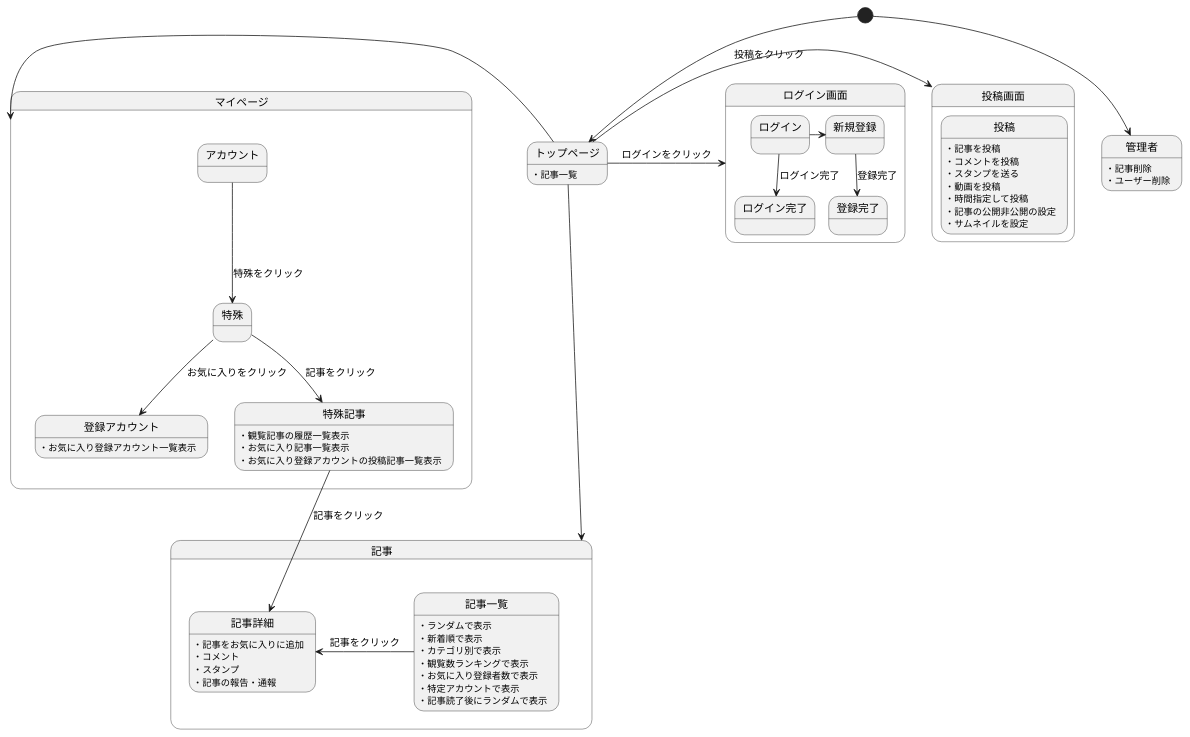
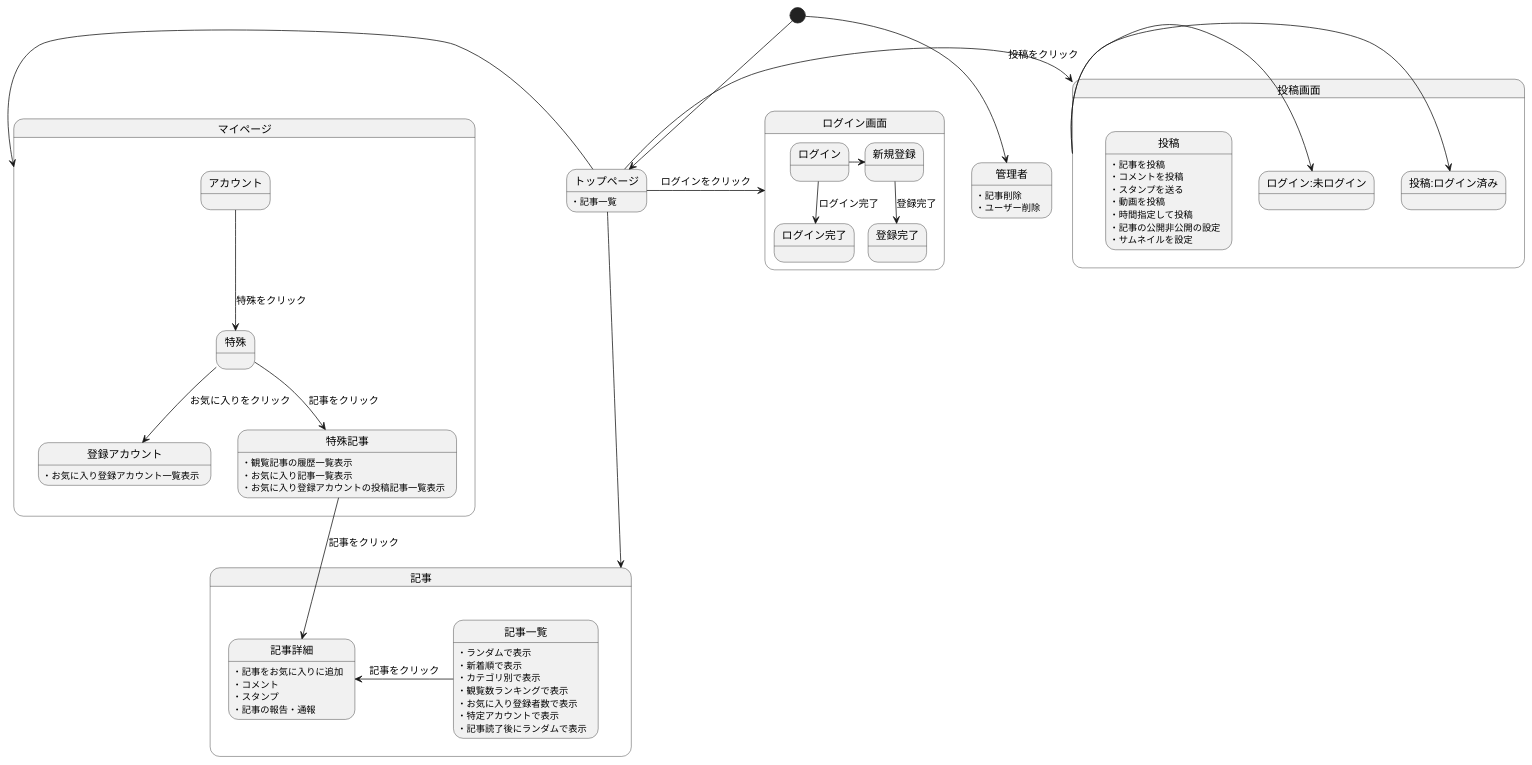
One commit to Aso2001001/2022System changed the diagram in 後期画面遷移.md. Above: the diagram before and after it, drawn with PlantUML.

````diff
--- a/後期画面遷移.md
+++ b/後期画面遷移.md
@@ -1,71 +1,72 @@
 ```uml
 @startuml
 [*] --> トップページ
 
 
 トップページ -down-> 記事
 トップページ -left-> マイページ
 トップページ -> 投稿画面 : 投稿をクリック
 
 トップページ:・記事一覧
 
 トップページ -> ログイン画面 : ログインをクリック
 
 state 投稿画面{
-
+投稿画面 -> 投稿:ログイン済み
+投稿画面 -> ログイン:未ログイン
 投稿:・記事を投稿
 投稿:・コメントを投稿
 投稿:・スタンプを送る
 投稿:・動画を投稿
 投稿:・時間指定して投稿
 投稿:・記事の公開非公開の設定
 投稿:・サムネイルを設定
 
 }
 
 state ログイン画面{
 ログイン -> 新規登録
 ログイン -down-> ログイン完了 : ログイン完了
 新規登録 -down-> 登録完了 : 登録完了
 }
 
 state 記事{
 記事一覧 -left-> 記事詳細 : 記事をクリック
 
 記事一覧:・ランダムで表示
 記事一覧:・新着順で表示
 記事一覧:・カテゴリ別で表示
 記事一覧:・観覧数ランキングで表示
 記事一覧:・お気に入り登録者数で表示
 記事一覧:・特定アカウントで表示
 記事一覧:・記事読了後にランダムで表示
 
 記事詳細:・記事をお気に入りに追加
 記事詳細:・コメント
 記事詳細:・スタンプ
 記事詳細:・記事の報告・通報
 
 }
 
 state マイページ{
 
 アカウント -down-> 特殊 : 特殊をクリック
 特殊 -down-> 登録アカウント :お気に入りをクリック
 特殊 -down-> 特殊記事 :記事をクリック
 特殊記事 -down-> 記事詳細 :記事をクリック
 
 特殊記事:・観覧記事の履歴一覧表示
 特殊記事:・お気に入り記事一覧表示
 登録アカウント:・お気に入り登録アカウント一覧表示
 特殊記事:・お気に入り登録アカウントの投稿記事一覧表示
 
 }
 
 
 [*] --> 管理者
 管理者:・記事削除
 管理者:・ユーザー削除
 
 
 @enduml
 ```
````
